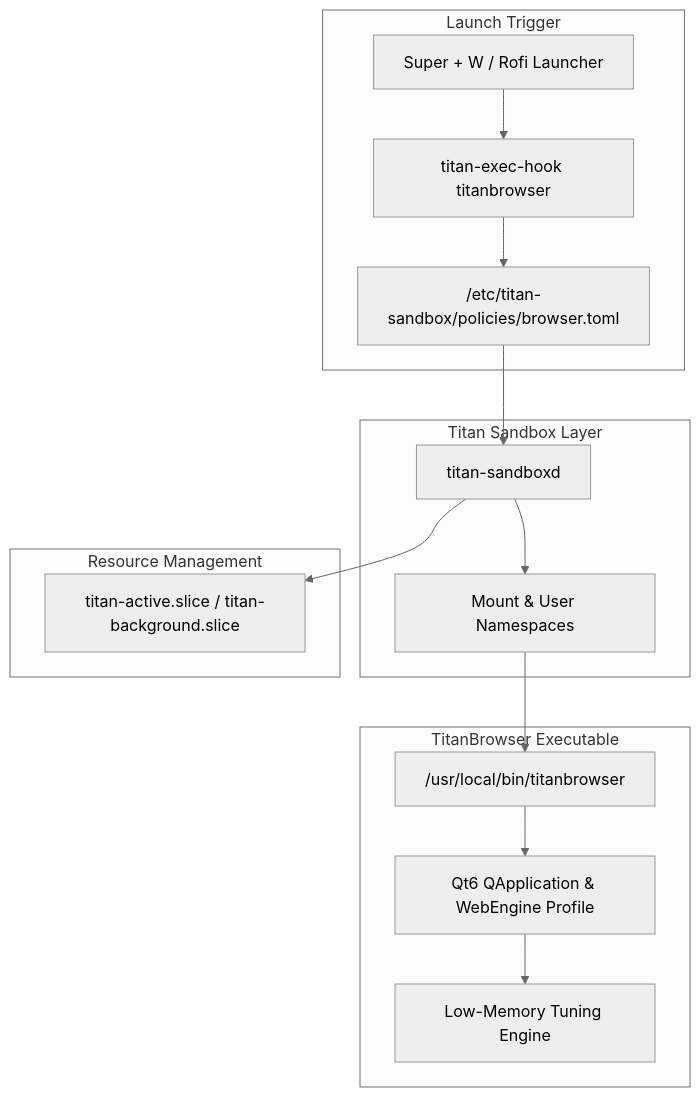
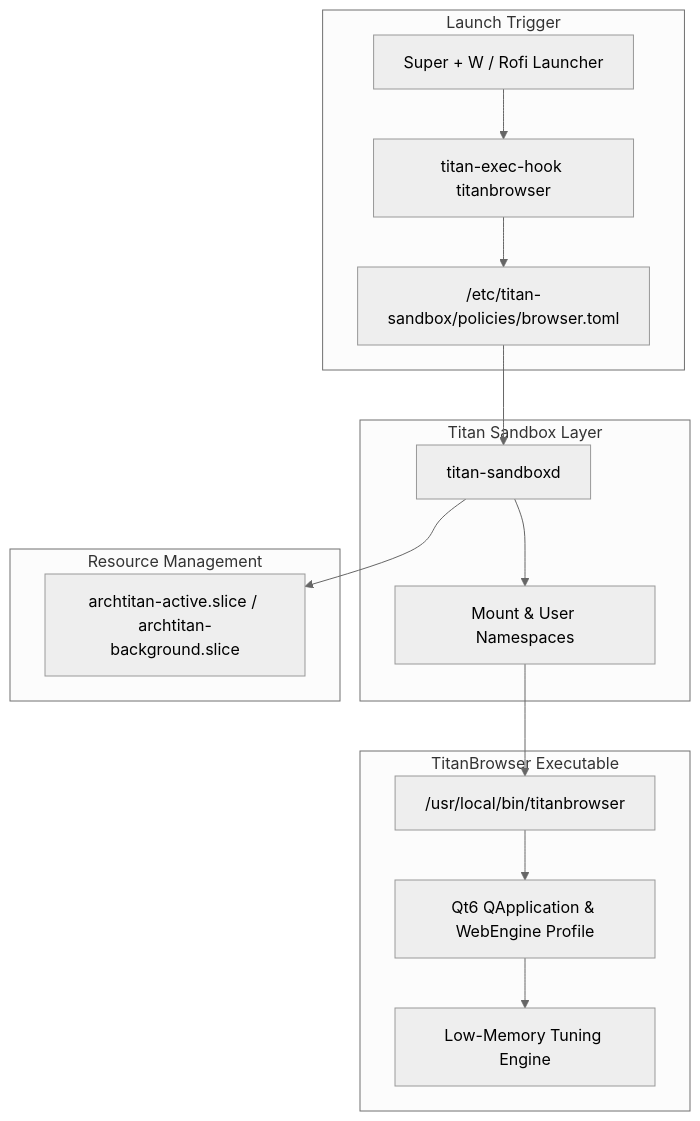
The diagram in wiki/Titan-Browser.md (GitGuru29/archtitan-os), drawn with Mermaid (neutral theme) before and after one commit. The commit also changed 8 other files, not shown here.

````diff
--- a/wiki/Titan-Browser.md
+++ b/wiki/Titan-Browser.md
@@ -19,22 +19,22 @@
 ```mermaid
 flowchart TD
     subgraph Launch["Launch Trigger"]
         KEY["Super + W / Rofi Launcher"] --> HOOK["titan-exec-hook titanbrowser"]
         HOOK --> POL["/etc/titan-sandbox/policies/browser.toml"]
     end
 
     subgraph Sandbox["Titan Sandbox Layer"]
         POL --> TS["titan-sandboxd"]
         TS --> NS["Mount & User Namespaces"]
     end
 
     subgraph Browser["TitanBrowser Executable"]
         NS --> BIN["/usr/local/bin/titanbrowser"]
         BIN --> QAPP["Qt6 QApplication & WebEngine Profile"]
         QAPP --> MEM["Low-Memory Tuning Engine"]
     end
 
     subgraph THM["Resource Management"]
-        TS --> THM_SLICE["titan-active.slice / titan-background.slice"]
+        TS --> THM_SLICE["archtitan-active.slice / archtitan-background.slice"]
     end
 ```
````
